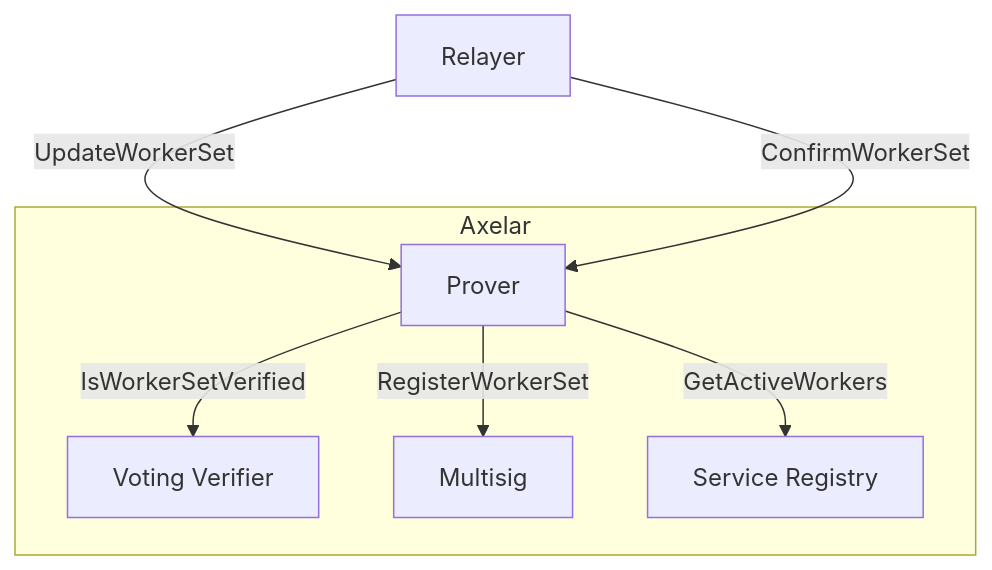
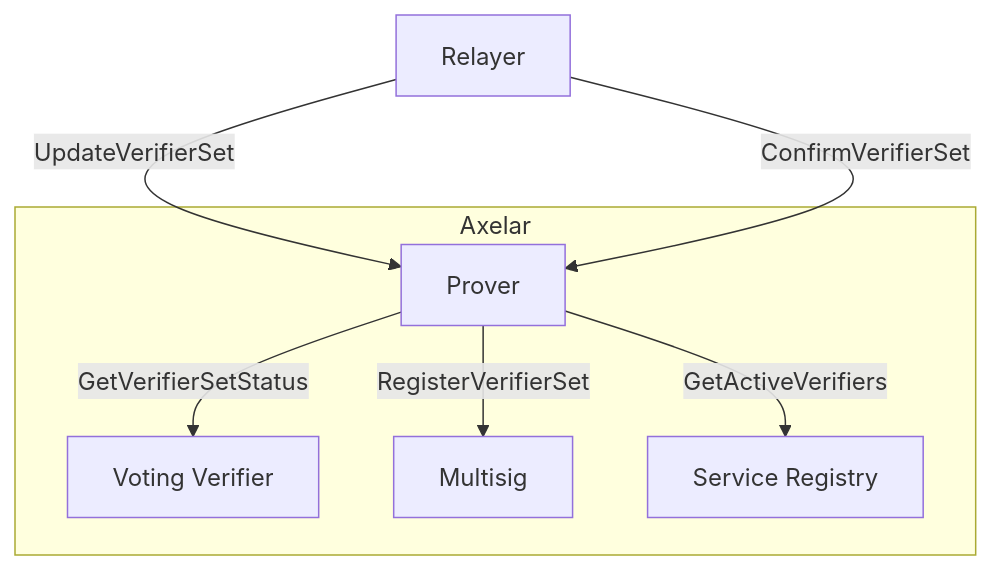
The third of 4 diagrams in doc/src/contracts/multisig_prover.md (axelarnetwork/axelar-amplifier), drawn with Mermaid before and after one commit. The commit also changed other lines of this file and 7 other files, not shown here.

Commit message:
rename worker to verifier

````diff
--- a/doc/src/contracts/multisig_prover.md
+++ b/doc/src/contracts/multisig_prover.md
@@ -138,17 +147,17 @@
 ```mermaid
 graph TD
 
 r[Relayer]
 subgraph Axelar
 b[Prover]
 v[Voting Verifier]
 m[Multisig]
 s[Service Registry]
 end
 
-r--UpdateWorkerSet-->b
-b--GetActiveWorkers-->s
-b--RegisterWorkerSet-->m
-r--ConfirmWorkerSet-->b
-b--IsWorkerSetVerified-->v
+r--UpdateVerifierSet-->b
+b--GetActiveVerifiers-->s
+b--RegisterVerifierSet-->m
+r--ConfirmVerifierSet-->b
+b--GetVerifierSetStatus-->v
 ```
````
